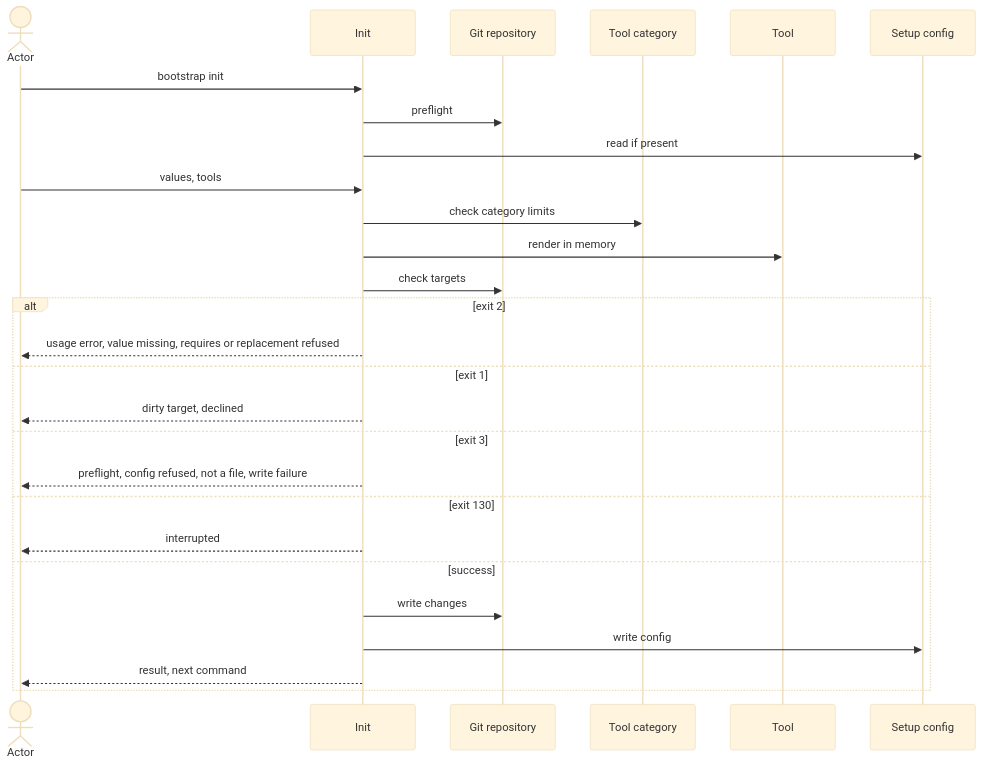
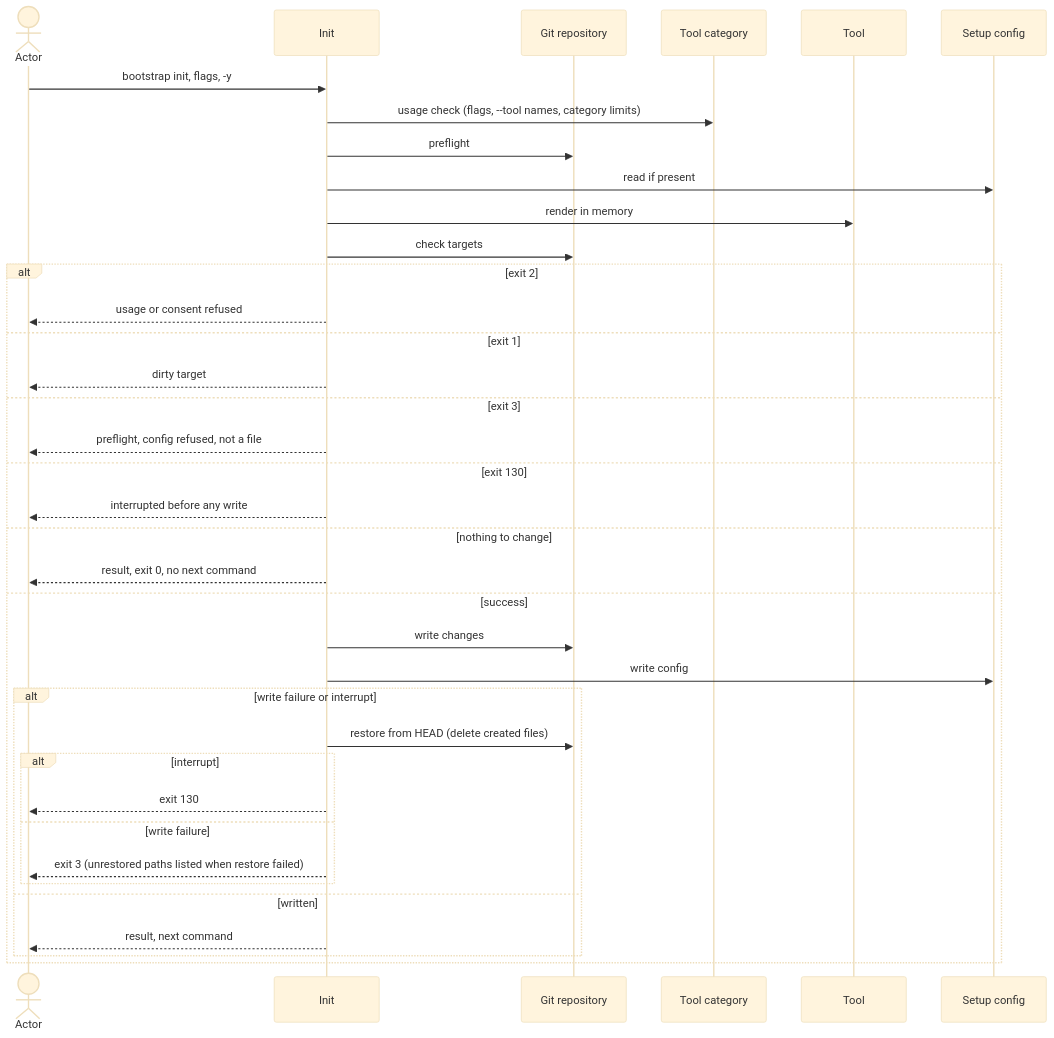
The diagram in docs/blueprint/flows/cli/110-setup-repository/index.md (virajp/bootstrap), drawn with Mermaid (base theme) before and after one commit. The commit also changed other lines of this file and 19 other files, not shown here.

````diff
--- a/docs/blueprint/flows/cli/110-setup-repository/index.md
+++ b/docs/blueprint/flows/cli/110-setup-repository/index.md
@@ -214,29 +172,39 @@
 ```mermaid
 sequenceDiagram
     actor O as Actor
     participant I as Init
     participant R as Git repository
     participant K as Tool category
     participant G as Tool
     participant C as Setup config
-    O->>I: bootstrap init
+    O->>I: bootstrap init, flags, -y
+    I->>K: usage check (flags, --tool names, category limits)
     I->>R: preflight
     I->>C: read if present
-    O->>I: values, tools
-    I->>K: check category limits
     I->>G: render in memory
     I->>R: check targets
     alt exit 2
-        I-->>O: usage error, value missing, requires or replacement refused
+        I-->>O: usage or consent refused
     else exit 1
-        I-->>O: dirty target, declined
+        I-->>O: dirty target
     else exit 3
-        I-->>O: preflight, config refused, not a file, write failure
+        I-->>O: preflight, config refused, not a file
     else exit 130
-        I-->>O: interrupted
+        I-->>O: interrupted before any write
+    else nothing to change
+        I-->>O: result, exit 0, no next command
     else success
         I->>R: write changes
         I->>C: write config
-        I-->>O: result, next command
+        alt write failure or interrupt
+            I->>R: restore from HEAD (delete created files)
+            alt interrupt
+                I-->>O: exit 130
+            else write failure
+                I-->>O: exit 3 (unrestored paths listed when restore failed)
+            end
+        else written
+            I-->>O: result, next command
+        end
     end
 ```
````
